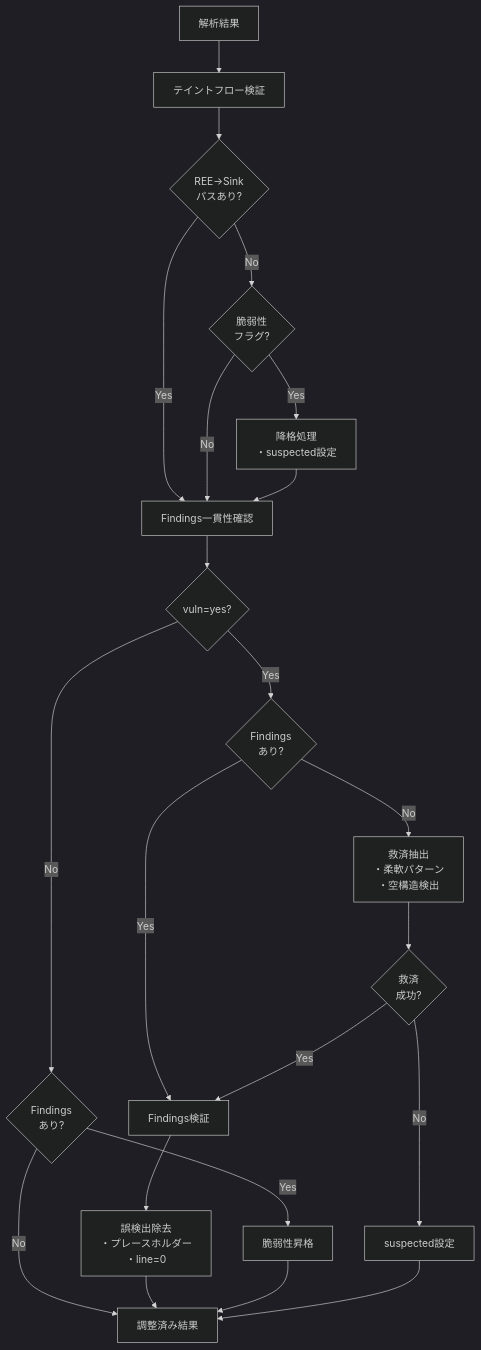
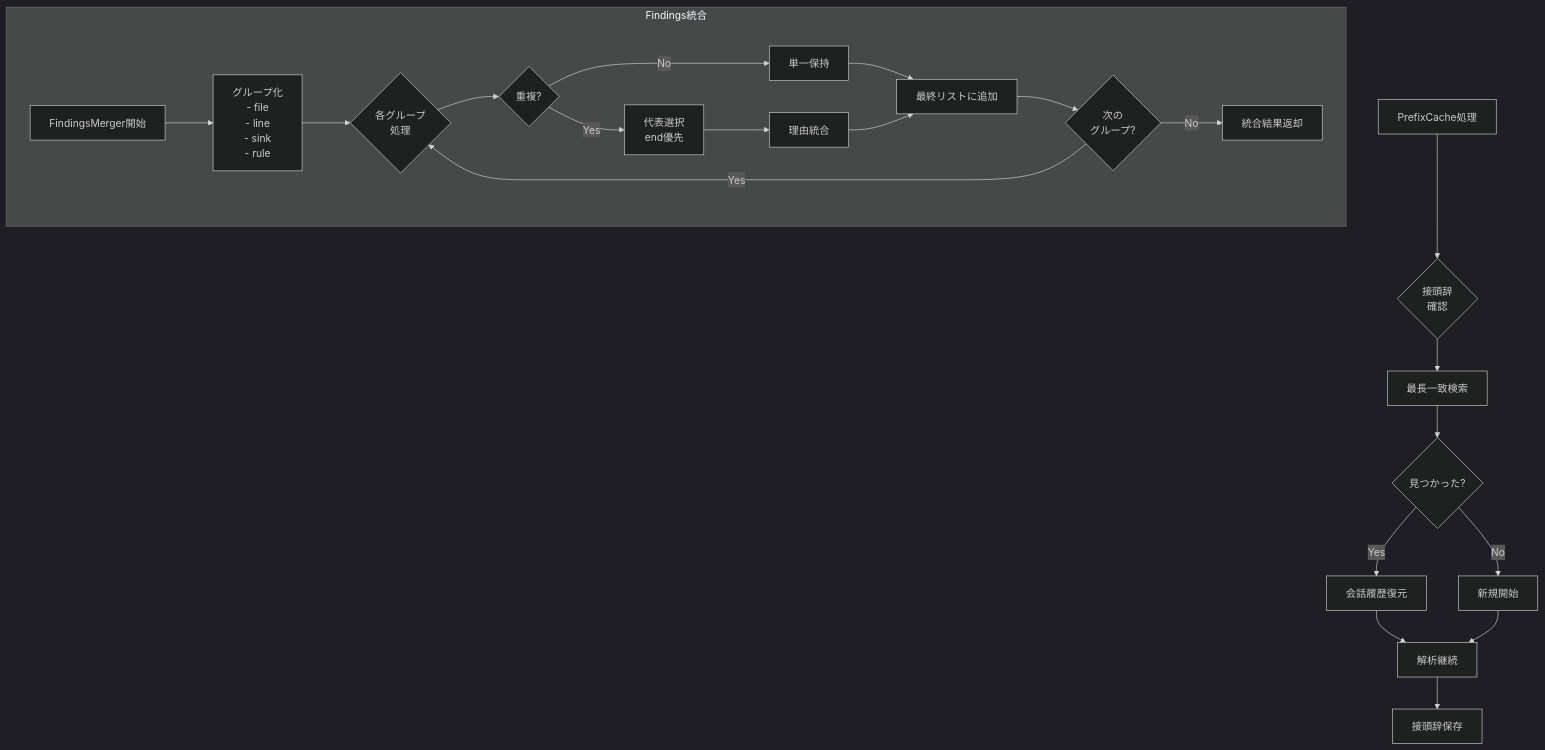
Before and after one commit to ta-061/tee-flow-inspector: diagram 12 of 24 in Document/Process_Flow.md, drawn with Mermaid (dark theme). The commit also changed other lines of this file and 2 other files, not shown here.

````diff
--- a/Document/Process_Flow.md
+++ b/Document/Process_Flow.md
@@ -573,33 +630,35 @@
 ```mermaid
 graph TB
-    Input[解析結果] --> TaintCheck[テイントフロー検証]
-    TaintCheck --> HasPath{REE→Sink<br/>パスあり?}
+    CacheStart[PrefixCache処理]
+    CacheStart --> CheckPrefix{接頭辞<br/>確認}
     
-    HasPath -->|No| CheckVuln{脆弱性<br/>フラグ?}
-    HasPath -->|Yes| FindingsCheck
+    CheckPrefix --> SearchCache[最長一致検索]
+    SearchCache --> Found{見つかった?}
     
-    CheckVuln -->|Yes| Downgrade[降格処理<br/>・suspected設定]
-    CheckVuln -->|No| FindingsCheck
+    Found -->|Yes| RestoreConv[会話履歴復元]
+    Found -->|No| StartFresh[新規開始]
     
-    Downgrade --> FindingsCheck[Findings一貫性確認]
+    RestoreConv --> ContinueAnalysis[解析継続]
+    StartFresh --> ContinueAnalysis
     
-    FindingsCheck --> VulnYes{vuln=yes?}
-    VulnYes -->|Yes| HasFindings{Findings<br/>あり?}
-    VulnYes -->|No| CheckFindings2{Findings<br/>あり?}
+    ContinueAnalysis --> SavePrefix[接頭辞保存]
     
-    HasFindings -->|No| SalvageAttempt[救済抽出<br/>・柔軟パターン<br/>・空構造検出]
-    HasFindings -->|Yes| ValidateFindings
-    
-    CheckFindings2 -->|Yes| UpgradeVuln[脆弱性昇格]
-    CheckFindings2 -->|No| Output
-    
-    SalvageAttempt --> FoundFindings{救済<br/>成功?}
-    FoundFindings -->|Yes| ValidateFindings[Findings検証]
-    FoundFindings -->|No| MarkSuspected[suspected設定]
-    
-    ValidateFindings --> RemoveFP[誤検出除去<br/>・プレースホルダー<br/>・line=0]
-    
-    RemoveFP --> Output[調整済み結果]
-    UpgradeVuln --> Output
-    MarkSuspected --> Output
+    subgraph Findings統合
+        MergeStart[FindingsMerger開始]
+        MergeStart --> GroupFindings[グループ化<br/>- file<br/>- line<br/>- sink<br/>- rule]
+        
+        GroupFindings --> ProcessGroups{各グループ<br/>処理}
+        
+        ProcessGroups --> CheckDup{重複?}
+        CheckDup -->|Yes| SelectBest[代表選択<br/>end優先]
+        CheckDup -->|No| KeepSingle[単一保持]
+        
+        SelectBest --> MergeReasons[理由統合]
+        KeepSingle --> AddToFinal
+        MergeReasons --> AddToFinal[最終リストに追加]
+        
+        AddToFinal --> NextGroup{次の<br/>グループ?}
+        NextGroup -->|Yes| ProcessGroups
+        NextGroup -->|No| ReturnMerged[統合結果返却]
+    end
 ```
````
